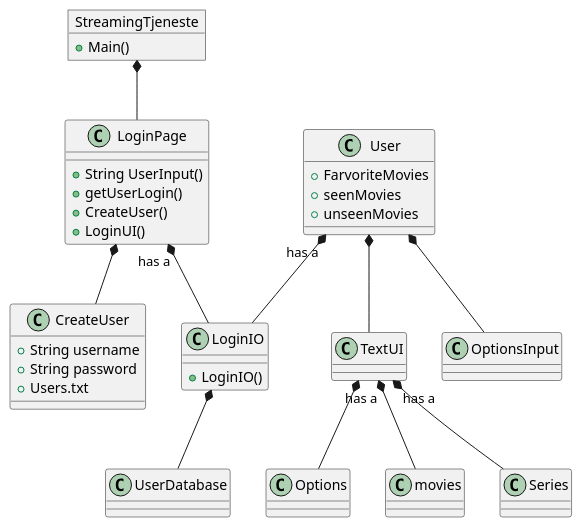
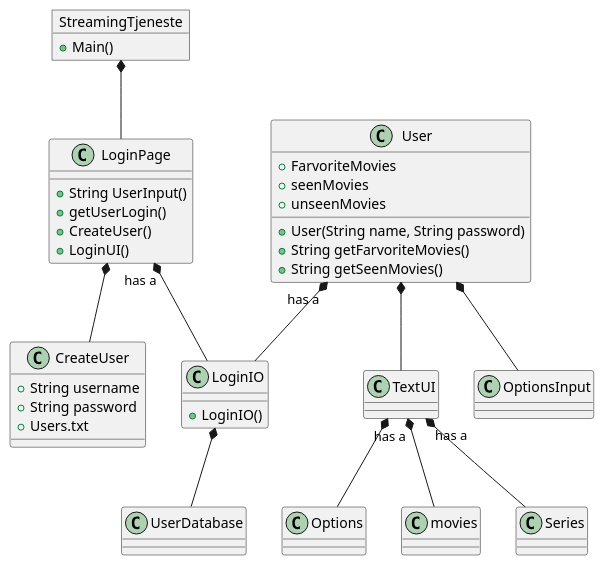
The diagram in src/Documentation/class diagram.puml (TobiasTonndorff/SP3), drawn with PlantUML before and after one commit. The commit also changed 3 other files, not shown here.

```diff
--- a/src/Documentation/class diagram.puml
+++ b/src/Documentation/class diagram.puml
@@ -1,33 +1,36 @@
 @startuml
 'https://plantuml.com/sequence-diagram
 object StreamingTjeneste
 
 
 StreamingTjeneste *-- LoginPage
 LoginPage *-- CreateUser
 LoginPage "has a" *-- LoginIO
 User "has a"*-- LoginIO
 User *-- TextUI
 User *-- OptionsInput
 TextUI *-- Options
 TextUI "has a" *-- movies
 TextUI "has a" *-- Series
 StreamingTjeneste : + Main()
 CreateUser : + String username
 CreateUser : + String password
 CreateUser : + Users.txt
 LoginPage : + String UserInput()
 LoginPage : + getUserLogin()
 LoginPage : + CreateUser()
 LoginPage : + LoginUI()
 User : + FarvoriteMovies
 User : + seenMovies
 User : + unseenMovies
+User : + User(String name, String password)
+User : + String getFarvoriteMovies()
+User : + String getSeenMovies()
 LoginIO : + LoginIO()
 LoginIO *-- UserDatabase
 
 
 
 
 
 @enduml
```
